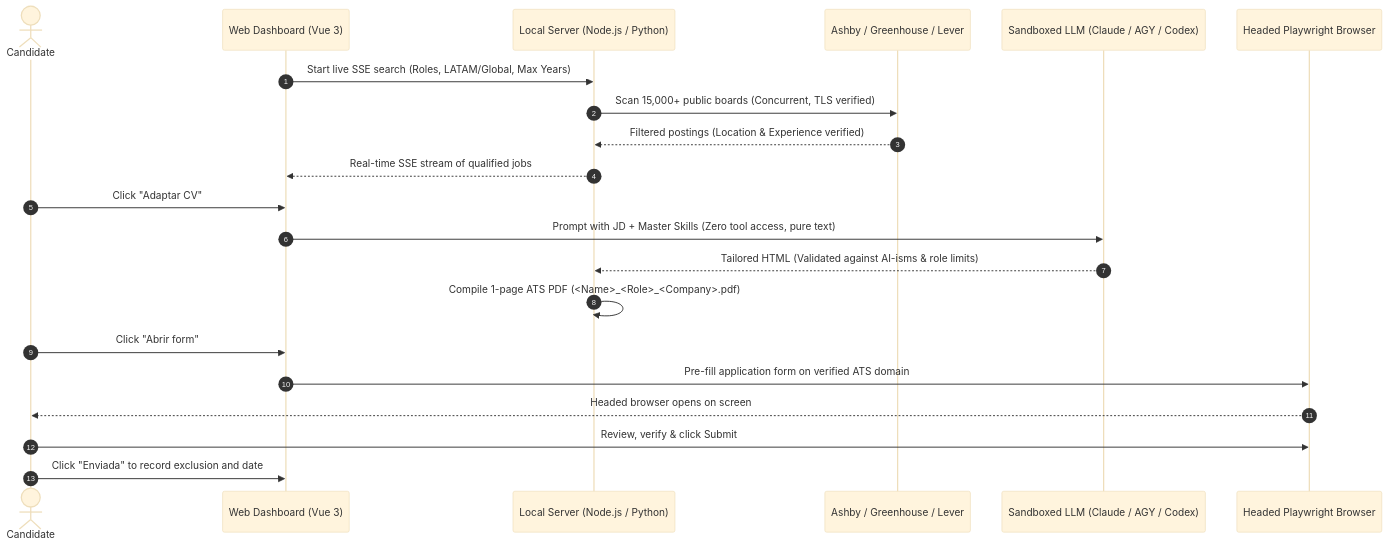
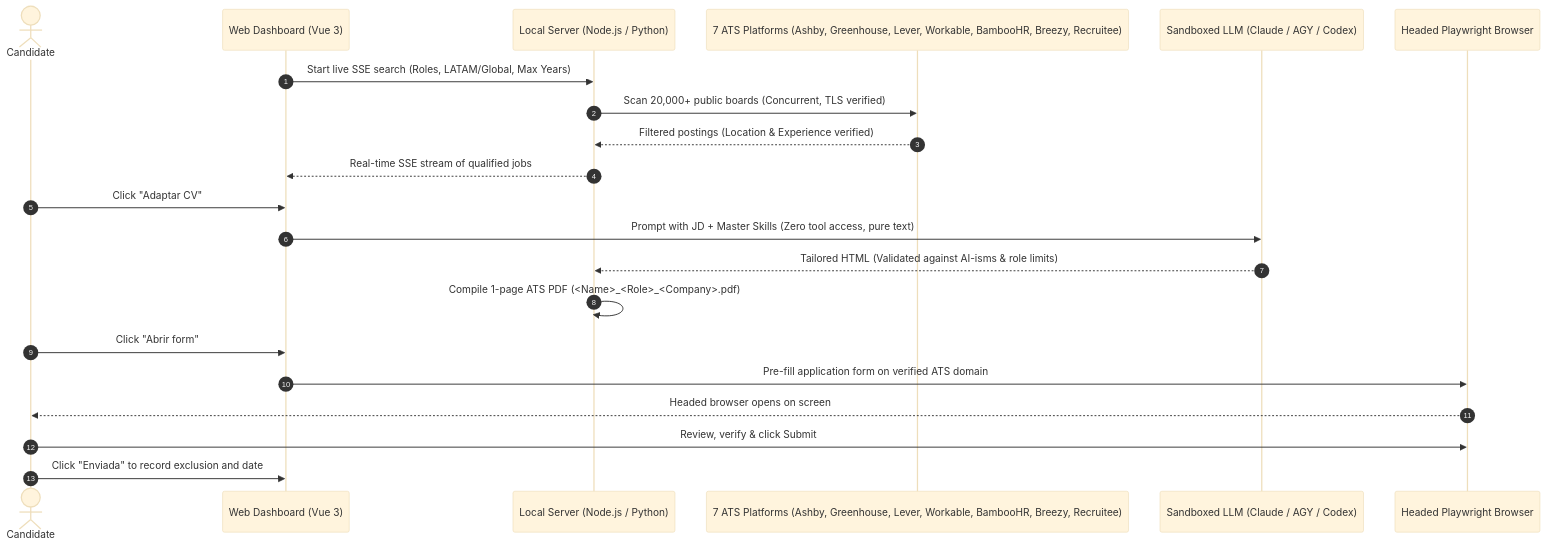
Before and after one commit to matiasoliveraqa/job-hunter: the diagram in README.md, drawn with Mermaid (base theme). The commit also changed other lines of this file and 10 other files, not shown here.

````diff
--- a/README.md
+++ b/README.md
@@ -113,26 +113,26 @@
 ```mermaid
 sequenceDiagram
     autonumber
     actor You as Candidate
     participant UI as Web Dashboard (Vue 3)
     participant Server as Local Server (Node.js / Python)
-    participant ATS as Ashby / Greenhouse / Lever
+    participant ATS as 7 ATS Platforms (Ashby, Greenhouse, Lever, Workable, BambooHR, Breezy, Recruitee)
     participant Agent as Sandboxed LLM (Claude / AGY / Codex)
     participant Browser as Headed Playwright Browser
 
     UI->>Server: Start live SSE search (Roles, LATAM/Global, Max Years)
-    Server->>ATS: Scan 15,000+ public boards (Concurrent, TLS verified)
+    Server->>ATS: Scan 20,000+ public boards (Concurrent, TLS verified)
     ATS-->>Server: Filtered postings (Location & Experience verified)
     Server-->>UI: Real-time SSE stream of qualified jobs
 
     You->>UI: Click "Adaptar CV"
     UI->>Agent: Prompt with JD + Master Skills (Zero tool access, pure text)
     Agent-->>Server: Tailored HTML (Validated against AI-isms & role limits)
     Server->>Server: Compile 1-page ATS PDF (<Name>_<Role>_<Company>.pdf)
 
     You->>UI: Click "Abrir form"
     UI->>Browser: Pre-fill application form on verified ATS domain
     Browser-->>You: Headed browser opens on screen
     You->>Browser: Review, verify & click Submit
     You->>UI: Click "Enviada" to record exclusion and date
 ```
````
